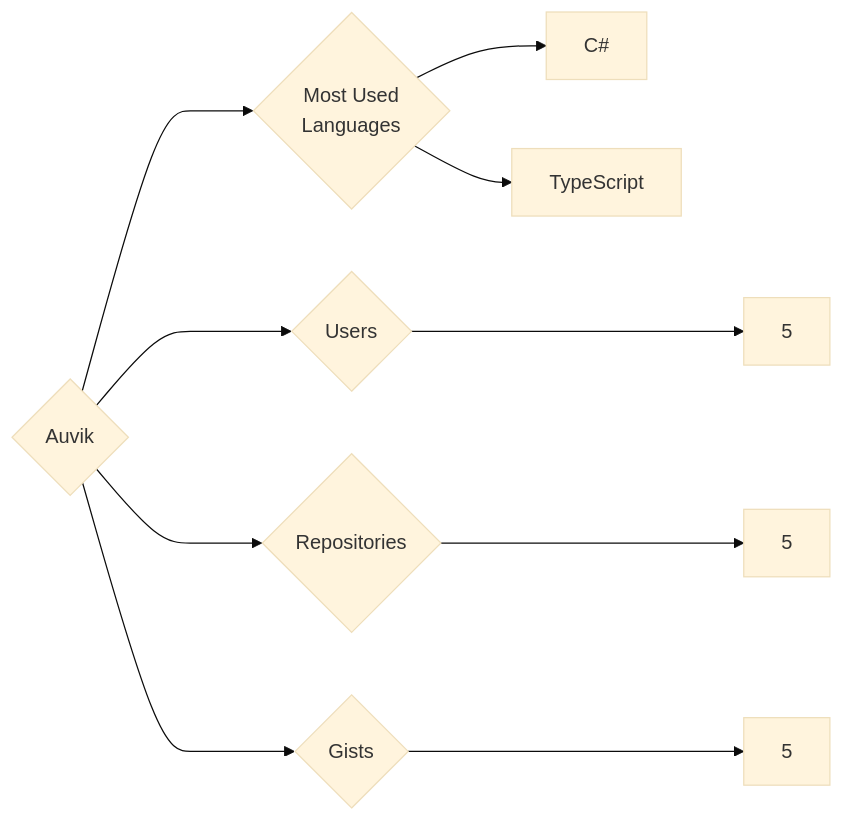
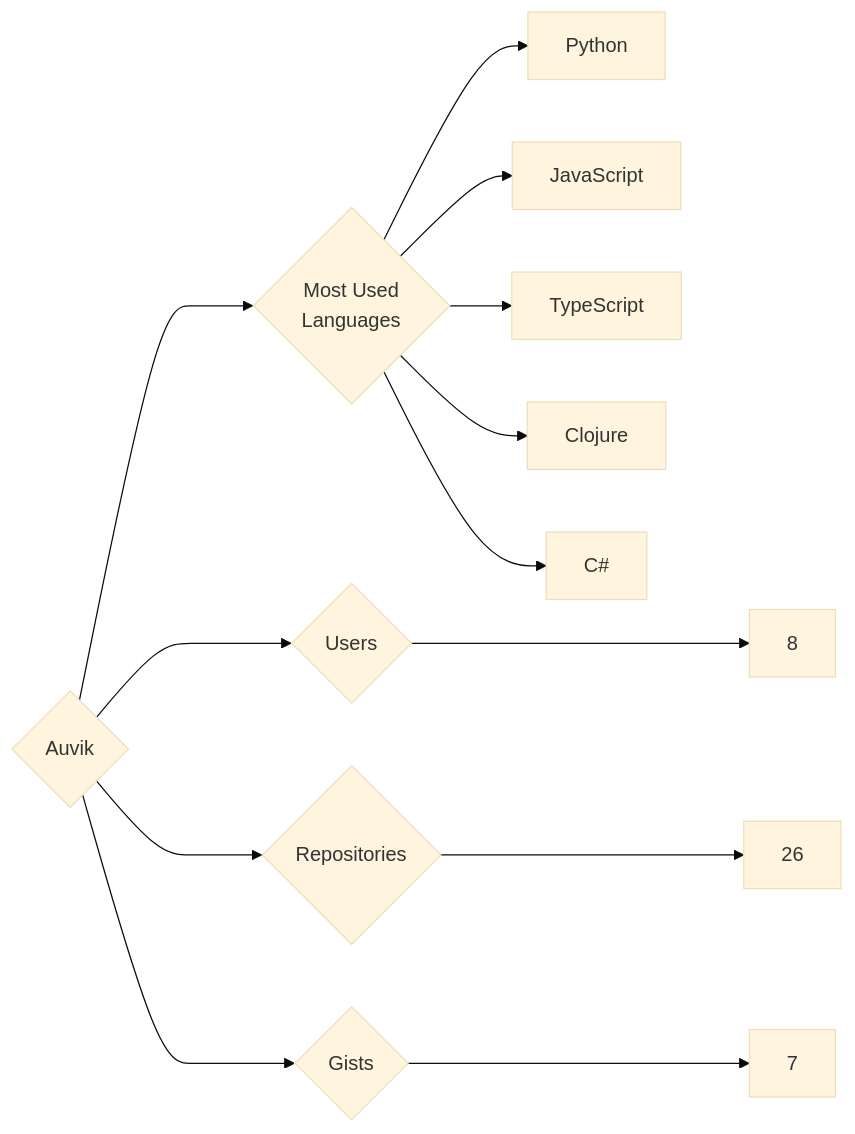
Before and after one commit to trickest/insiders: the diagram in targets/Auvik/README.md, drawn with Mermaid (base theme). The commit also changed 1167 other files, not shown here.

````diff
--- a/targets/Auvik/README.md
+++ b/targets/Auvik/README.md
@@ -3,10 +3,13 @@
 ```mermaid
 graph LR
 COMPANY_NAME{Auvik}
-COMPANY_NAME ---> U{Users} ---> UN[5]
-COMPANY_NAME ---> R{Repositories} ---> RN[5]
-COMPANY_NAME ---> G{Gists} ---> GN[5]
+COMPANY_NAME ---> U{Users} ---> UN[8]
+COMPANY_NAME ---> R{Repositories} ---> RN[26]
+COMPANY_NAME ---> G{Gists} ---> GN[7]
 COMPANY_NAME ---> ML{Most Used<br>Languages}
+ML --> Python[Python]
+ML --> JavaScript[JavaScript]
+ML --> TypeScript[TypeScript]
+ML --> Clojure[Clojure]
 ML --> C#[C#]
-ML --> TypeScript[TypeScript]
 ```
````
